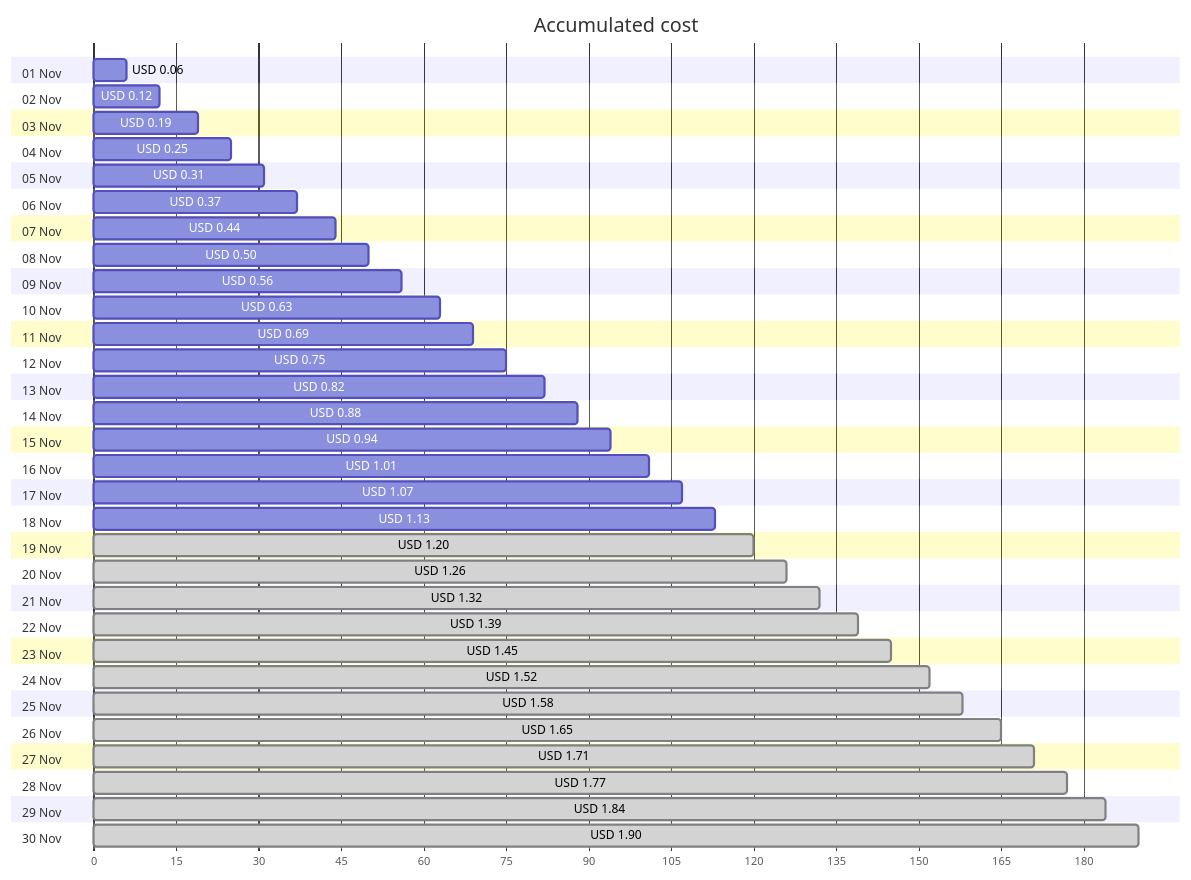
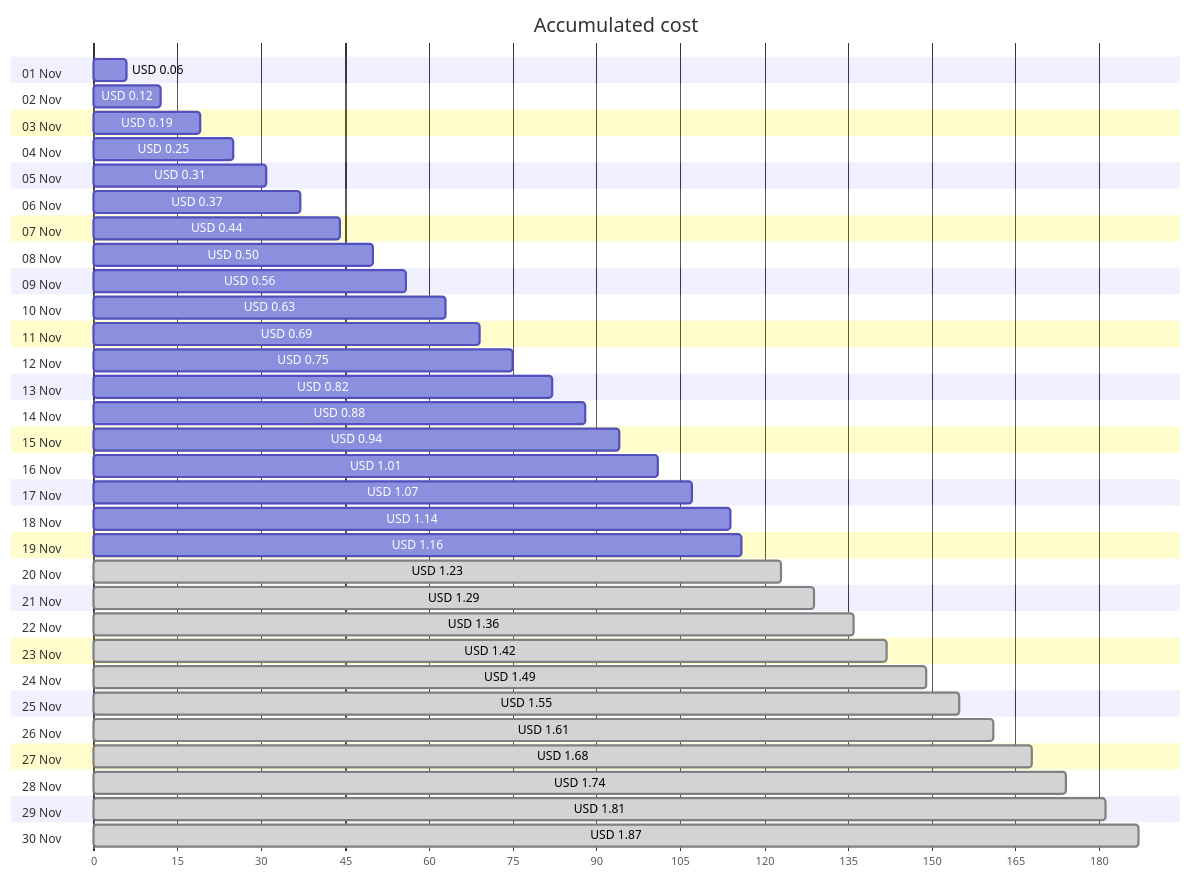
The first of 4 diagrams in cost-reports/personal-network/backup-server_OsDisk.md (jpfulton/azure-personal-reports), drawn with Mermaid before and after one commit. The commit also changed other lines of this file and 8 other files, not shown here.

````diff
--- a/cost-reports/personal-network/backup-server_OsDisk.md
+++ b/cost-reports/personal-network/backup-server_OsDisk.md
@@ -20,66 +20,66 @@
 ```mermaid
 gantt
    title Accumulated cost
    dateFormat  X
    axisFormat %s
    section 01 Nov
    USD 0.06 :0, 6
    section 02 Nov
    USD 0.12 :0, 12
    section 03 Nov
    USD 0.19 :0, 19
    section 04 Nov
    USD 0.25 :0, 25
    section 05 Nov
    USD 0.31 :0, 31
    section 06 Nov
    USD 0.37 :0, 37
    section 07 Nov
    USD 0.44 :0, 44
    section 08 Nov
    USD 0.50 :0, 50
    section 09 Nov
    USD 0.56 :0, 56
    section 10 Nov
    USD 0.63 :0, 63
    section 11 Nov
    USD 0.69 :0, 69
    section 12 Nov
    USD 0.75 :0, 75
    section 13 Nov
    USD 0.82 :0, 82
    section 14 Nov
    USD 0.88 :0, 88
    section 15 Nov
    USD 0.94 :0, 94
    section 16 Nov
    USD 1.01 :0, 101
    section 17 Nov
    USD 1.07 :0, 107
    section 18 Nov
-   USD 1.13 :0, 113
+   USD 1.14 :0, 114
    section 19 Nov
-   USD 1.20 : done, 0, 120
+   USD 1.16 :0, 116
    section 20 Nov
-   USD 1.26 : done, 0, 126
+   USD 1.23 : done, 0, 123
    section 21 Nov
-   USD 1.32 : done, 0, 132
+   USD 1.29 : done, 0, 129
    section 22 Nov
-   USD 1.39 : done, 0, 139
+   USD 1.36 : done, 0, 136
    section 23 Nov
-   USD 1.45 : done, 0, 145
+   USD 1.42 : done, 0, 142
    section 24 Nov
-   USD 1.52 : done, 0, 152
+   USD 1.49 : done, 0, 149
    section 25 Nov
-   USD 1.58 : done, 0, 158
+   USD 1.55 : done, 0, 155
    section 26 Nov
-   USD 1.65 : done, 0, 165
+   USD 1.61 : done, 0, 161
    section 27 Nov
-   USD 1.71 : done, 0, 171
+   USD 1.68 : done, 0, 168
    section 28 Nov
-   USD 1.77 : done, 0, 177
+   USD 1.74 : done, 0, 174
    section 29 Nov
-   USD 1.84 : done, 0, 184
+   USD 1.81 : done, 0, 181
    section 30 Nov
-   USD 1.90 : done, 0, 190
+   USD 1.87 : done, 0, 187
 ```
````
